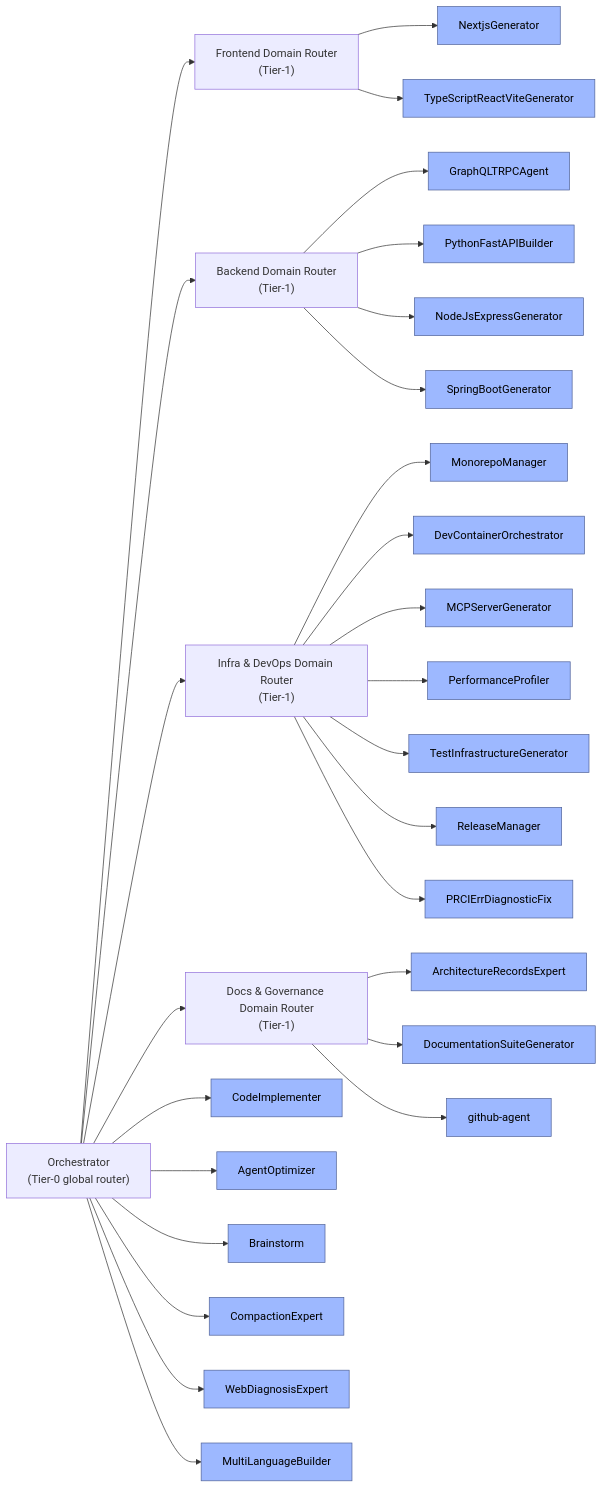
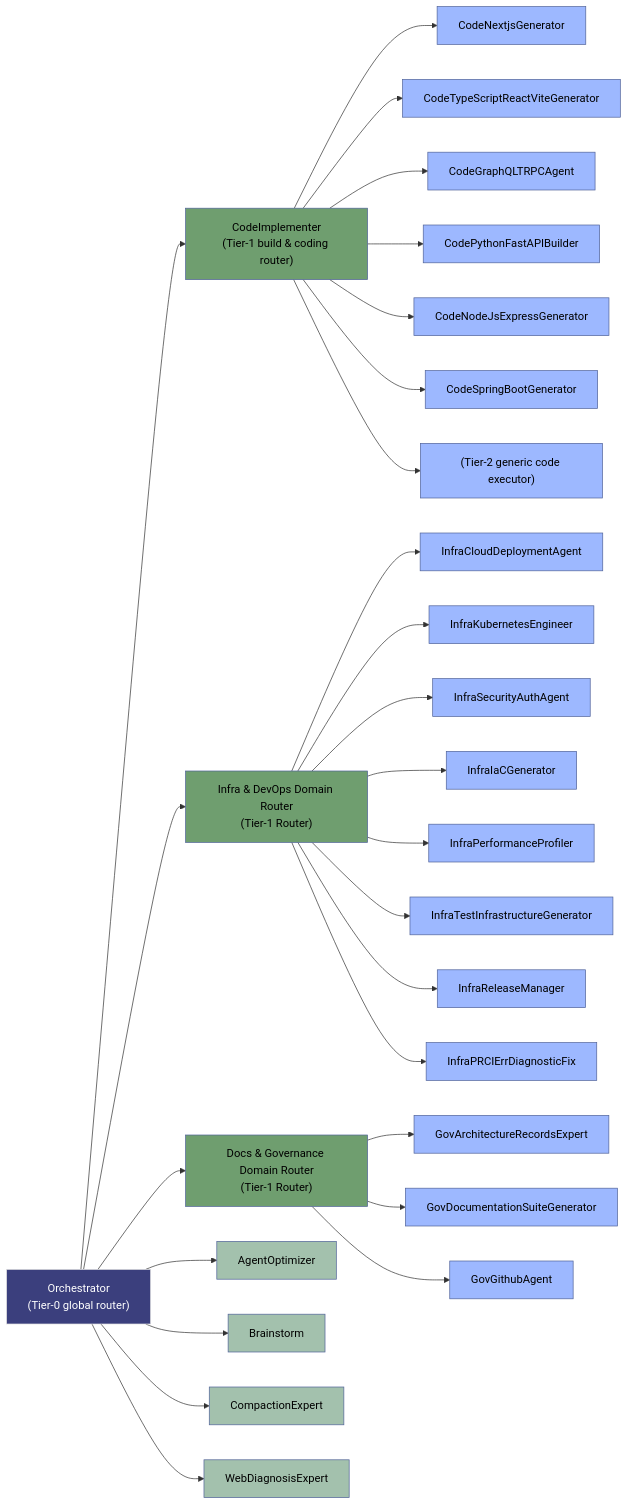
Before and after one commit to UtopikPrompt/agents: the diagram in README.md, drawn with Mermaid. The commit also changed other lines of this file and 29 other files, not shown here.

Commit message:
Refactor: restructure agent roster into CODE_/INFRA_/GOV_ prefix topology with CodeImplementer as Tier-1 routing layer

````diff
--- a/README.md
+++ b/README.md
@@ -18,41 +22,42 @@
 ```mermaid
 flowchart LR
     O["Orchestrator<br/>(Tier-0 global router)"]
-    O --> FrontendRouter["Frontend Domain Router<br/>(Tier-1)"]
-    O --> BackendRouter["Backend Domain Router<br/>(Tier-1)"]
-    O --> InfraDevOpsRouter["Infra & DevOps Domain Router<br/>(Tier-1)"]
-    O --> DocsGovRouter["Docs & Governance Domain Router<br/>(Tier-1)"]
-    O --> CodeImplementer
-    O --> AgentOptimizer
-    O --> Brainstorm
-    O --> CompactionExpert
-    O --> WebDiagnosisExpert
-    O --> MultiLanguageBuilder
+    O --> CodeImplementer["CodeImplementer<br/>(Tier-1 build & coding router)"]
+    O --> InfraDevOpsDomainRouter["Infra & DevOps Domain Router<br/>(Tier-1 Router)"]
+    O --> DocsGovernanceDomainRouter["Docs & Governance Domain Router<br/>(Tier-1 Router)"]
+    O --> AgentOptimizer["AgentOptimizer"]
+    O --> Brainstorm["Brainstorm"]
+    O --> CompactionExpert["CompactionExpert"]
+    O --> WebDiagnosisExpert["WebDiagnosisExpert"]
 
-    FrontendRouter --> NextjsGenerator
-    FrontendRouter --> TypeScriptReactViteGenerator
+    CodeImplementer --> CodeNextjsGenerator["CodeNextjsGenerator"]
+    CodeImplementer --> CodeTypeScriptReactViteGenerator["CodeTypeScriptReactViteGenerator"]
+    CodeImplementer --> CodeGraphQLTRPCAgent["CodeGraphQLTRPCAgent"]
+    CodeImplementer --> CodePythonFastAPIBuilder["CodePythonFastAPIBuilder"]
+    CodeImplementer --> CodeNodeJsExpressGenerator["CodeNodeJsExpressGenerator"]
+    CodeImplementer --> CodeSpringBootGenerator["CodeSpringBootGenerator"]
+    CodeImplementer --> GenericExecutor["(Tier-2 generic code executor)"]
 
-    BackendRouter --> GraphQLTRPCAgent
-    BackendRouter --> PythonFastAPIBuilder
-    BackendRouter --> NodeJsExpressGenerator
-    BackendRouter --> SpringBootGenerator
+    InfraDevOpsDomainRouter --> InfraCloudDeploymentAgent["InfraCloudDeploymentAgent"]
+    InfraDevOpsDomainRouter --> InfraKubernetesEngineer["InfraKubernetesEngineer"]
+    InfraDevOpsDomainRouter --> InfraSecurityAuthAgent["InfraSecurityAuthAgent"]
+    InfraDevOpsDomainRouter --> InfraIaCGenerator["InfraIaCGenerator"]
+    InfraDevOpsDomainRouter --> InfraPerformanceProfiler["InfraPerformanceProfiler"]
+    InfraDevOpsDomainRouter --> InfraTestInfrastructureGenerator["InfraTestInfrastructureGenerator"]
+    InfraDevOpsDomainRouter --> InfraReleaseManager["InfraReleaseManager"]
+    InfraDevOpsDomainRouter --> InfraPRCIErrDiagnosticFix["InfraPRCIErrDiagnosticFix"]
 
-    InfraDevOpsRouter --> MonorepoManager
-    InfraDevOpsRouter --> DevContainerOrchestrator
-    InfraDevOpsRouter --> MCPServerGenerator
-    InfraDevOpsRouter --> PerformanceProfiler
-    InfraDevOpsRouter --> TestInfrastructureGenerator
-    InfraDevOpsRouter --> ReleaseManager
-    InfraDevOpsRouter --> PRCIErrDiagnosticFix
-
-    DocsGovRouter --> ArchitectureRecordsExpert
-    DocsGovRouter --> DocumentationSuiteGenerator
-    DocsGovRouter --> github-agent
+    DocsGovernanceDomainRouter --> GovArchitectureRecordsExpert["GovArchitectureRecordsExpert"]
+    DocsGovernanceDomainRouter --> GovDocumentationSuiteGenerator["GovDocumentationSuiteGenerator"]
+    DocsGovernanceDomainRouter --> GovGithubAgent["GovGithubAgent"]
 
     classDef hub fill:#3b3f7d,stroke:#e0e0e0,color:#fff;
     classDef router fill:#6f9e6f,stroke:#516399,color:#000;
-    classDef leaf fill:#9db8ff,stroke:#516399,color:#000;
-    class O,FrontendRouter,BackendRouter,InfraDevOpsRouter,DocsGovRouter hub,router;
-    class CodeImplementer,AgentOptimizer,Brainstorm,CompactionExpert,WebDiagnosisExpert,NextjsGenerator,TypeScriptReactViteGenerator,GraphQLTRPCAgent,PythonFastAPIBuilder,NodeJsExpressGenerator,SpringBootGenerator,MonorepoManager,DevContainerOrchestrator,MCPServerGenerator,PerformanceProfiler,TestInfrastructureGenerator,ReleaseManager,ArchitectureRecordsExpert,DocumentationSuiteGenerator,github-agent,MultiLanguageBuilder,PRCIErrDiagnosticFix leaf;
-
+    classDef tier1 fill:#a3c1ad,stroke:#516399,color:#000;
+    classDef tier2 fill:#9db8ff,stroke:#516399,color:#000;
+    
+    class O hub;
+    class CodeImplementer,InfraDevOpsDomainRouter,DocsGovernanceDomainRouter router;
+    class AgentOptimizer,Brainstorm,CompactionExpert,WebDiagnosisExpert tier1;
+    class CodeNextjsGenerator,CodeTypeScriptReactViteGenerator,CodeGraphQLTRPCAgent,CodePythonFastAPIBuilder,CodeNodeJsExpressGenerator,CodeSpringBootGenerator,GenericExecutor,InfraMonorepoManager,InfraDevContainerOrchestrator,InfraMCPServerGenerator,InfraCloudDeploymentAgent,InfraKubernetesEngineer,InfraSecurityAuthAgent,InfraIaCGenerator,InfraPerformanceProfiler,InfraTestInfrastructureGenerator,InfraReleaseManager,InfraPRCIErrDiagnosticFix,GovArchitectureRecordsExpert,GovDocumentationSuiteGenerator,GovGithubAgent tier2;
 ```
````
